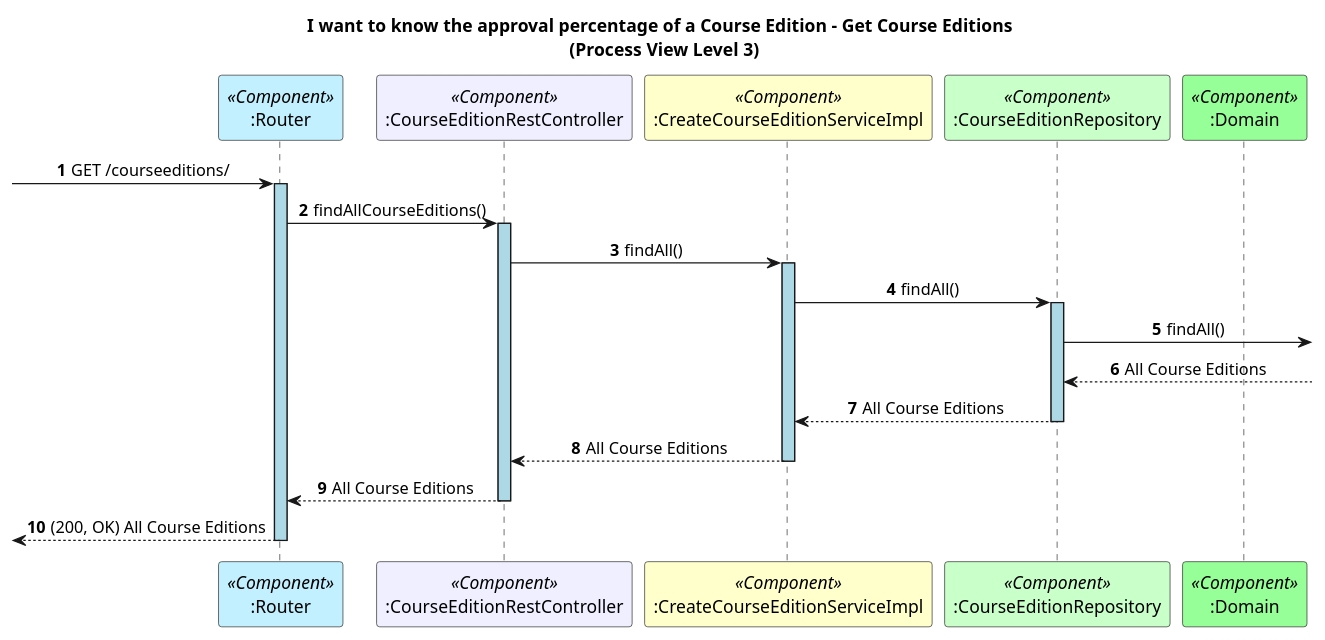
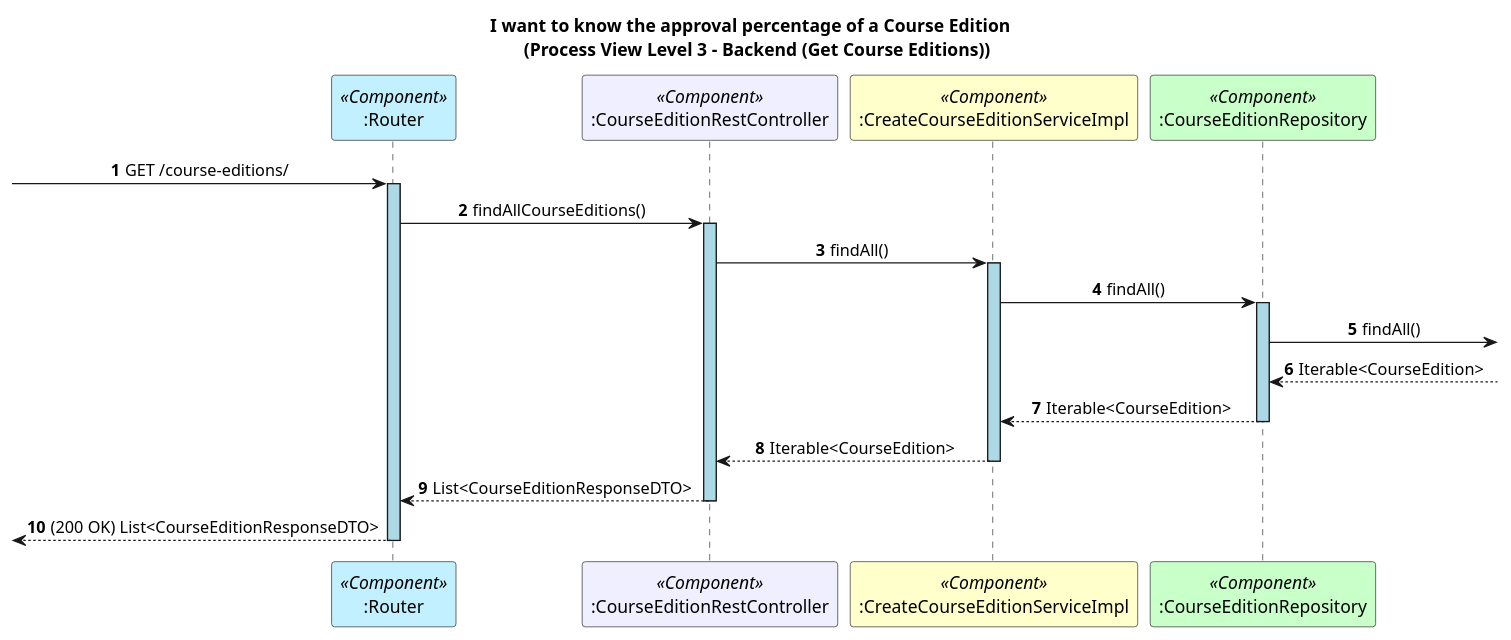
The diagram in docs/US23/REST_API/ProcessView/Level3getCourseEditions.puml (GasparISEP/DevOps-PAI), drawn with PlantUML before and after one commit. The commit also changed 1 other file, not shown here.

Commit message:
Update Process View's Level 3 Diagrams. Refs #725

```diff
--- a/docs/US23/REST_API/ProcessView/Level3getCourseEditions.puml
+++ b/docs/US23/REST_API/ProcessView/Level3getCourseEditions.puml
@@ -1,34 +1,34 @@
 @startuml
 autonumber
 skinparam sequenceMessageAlign center
 skinparam sequenceLifeLineBackgroundColor lightblue
-title I want to know the approval percentage of a Course Edition - Get Course Editions \n (Process View Level 3)
+title I want to know the approval percentage of a Course Edition  \n (Process View Level 3 - Backend (Get Course Editions))
 skinparam sequencemessagealign center
 
 participant ":Router" as Router <<Component>> #application
 participant ":CourseEditionRestController" as Controller <<Component>> #motivation
 participant ":CreateCourseEditionServiceImpl" as Service <<Component>> #business
 participant ":CourseEditionRepository" as Repository <<Component>> #technology
-participant ":Domain" as Domain <<Component>> #physical
 
--> Router : GET /courseeditions/
+-> Router : GET /course-editions/
 activate Router
 Router -> Controller : findAllCourseEditions()
 activate Controller
 Controller -> Service : findAll()
 activate Service
 Service -> Repository : findAll()
 activate Repository
 Repository ->  : findAll()
-Repository <--  : All Course Editions
-Repository --> Service : All Course Editions
+
+Repository <--  : Iterable<CourseEdition>
+Repository --> Service : Iterable<CourseEdition>
 deactivate Repository
-Service --> Controller : All Course Editions
+Service --> Controller : Iterable<CourseEdition>
 deactivate Service
-Controller --> Router : All Course Editions
+Controller --> Router : List<CourseEditionResponseDTO>
 deactivate Controller
-<-- Router : (200, OK) All Course Editions
+<-- Router : (200 OK) List<CourseEditionResponseDTO>
 deactivate Router
 
 
 @enduml
```
